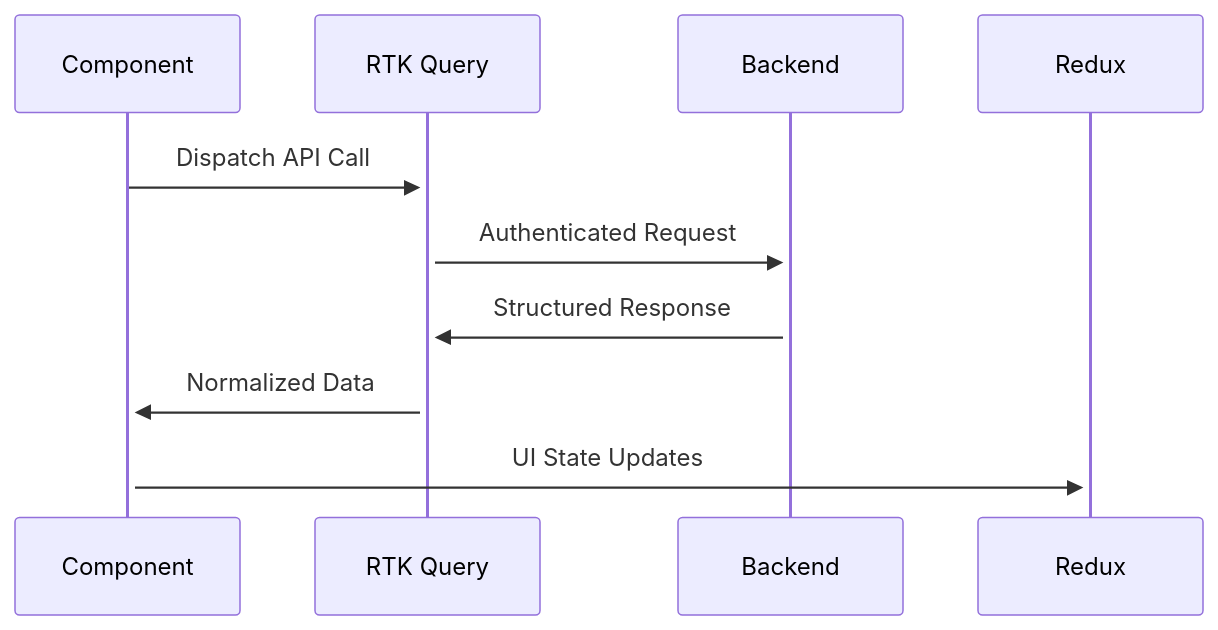
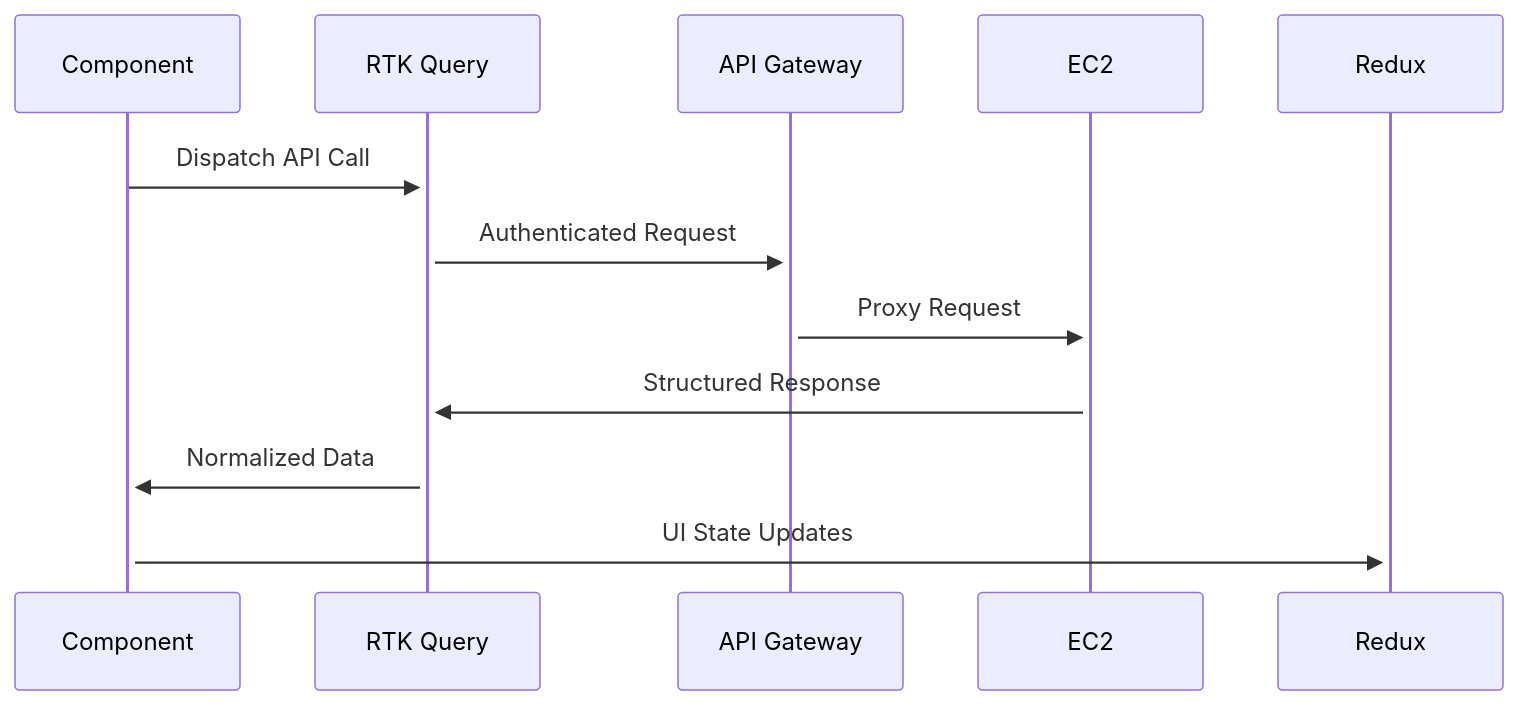
One commit to Huey-Magoos-IT/magooos-site changed the second of 2 diagrams in client/CLIENT_GUIDE.md. Above: the diagram before and after it, drawn with Mermaid. The commit also changed other lines of this file and 2 other files, not shown here.

````diff
--- a/client/CLIENT_GUIDE.md
+++ b/client/CLIENT_GUIDE.md
@@ -148,8 +155,9 @@
 ```mermaid
 sequenceDiagram
     Component->>+RTK Query: Dispatch API Call
-    RTK Query->>+Backend: Authenticated Request
-    Backend->>+RTK Query: Structured Response
+    RTK Query->>+API Gateway: Authenticated Request
+    API Gateway->>+EC2: Proxy Request
+    EC2->>+RTK Query: Structured Response
     RTK Query->>+Component: Normalized Data
     Component->>+Redux: UI State Updates
 ```
````
